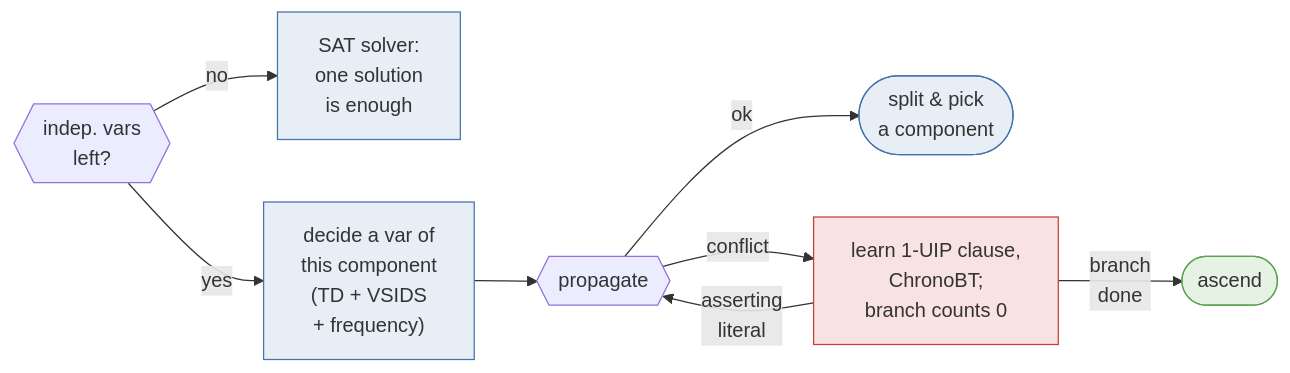
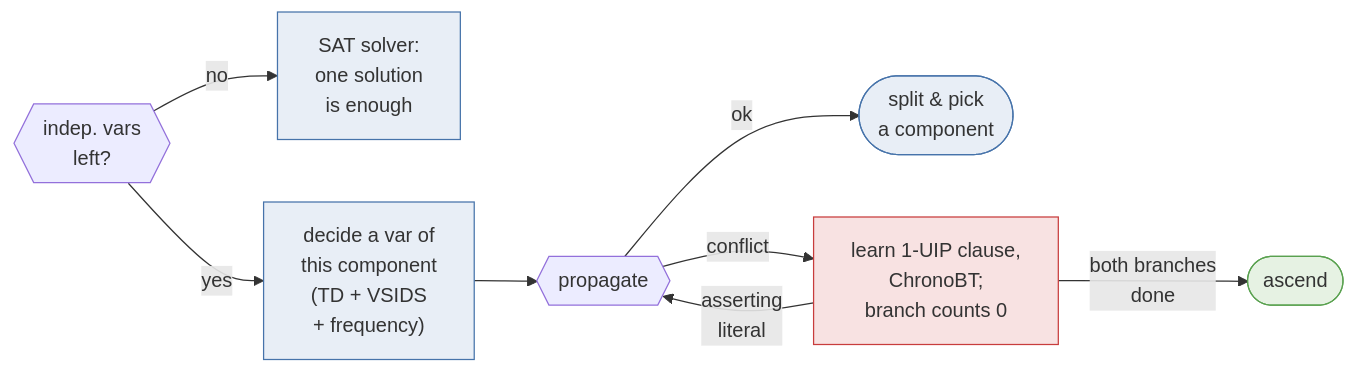
Before and after one commit to meelgroup/ganak-presentation: the diagram in figs/mermaid/descend.mmd, drawn with Mermaid. The commit also changed 3 other files, not shown here.

Commit message:
Descend diagram: ascend only when both branches are done

```diff
--- a/figs/mermaid/descend.mmd
+++ b/figs/mermaid/descend.mmd
@@ -1,17 +1,17 @@
 flowchart LR
   Q{{"indep. vars<br/>left?"}}
   Q -->|no| SAT["SAT solver:<br/>one solution<br/>is enough"]
   Q -->|yes| DEC["decide a var of<br/>this component<br/>(TD + VSIDS<br/>+ frequency)"]
   DEC --> P{{propagate}}
   P -->|"ok"| OUT(["split &amp; pick<br/>a component"])
   P -->|"conflict"| UIP["learn 1-UIP clause,<br/>ChronoBT;<br/>branch counts 0"]
   UIP -->|"asserting<br/>literal"| P
-  UIP -->|"branch<br/>done"| ASC([ascend])
+  UIP -->|"both branches<br/>done"| ASC([ascend])
 
   %% blue: search, red: conflict, green: counting
   classDef search fill:#e8eef6,stroke:#4673aa
   classDef confl fill:#f8e2e2,stroke:#c83c3c
   classDef count fill:#e6f2e3,stroke:#59a14f
   class DEC,SAT,OUT search
   class UIP confl
   class ASC count
```
